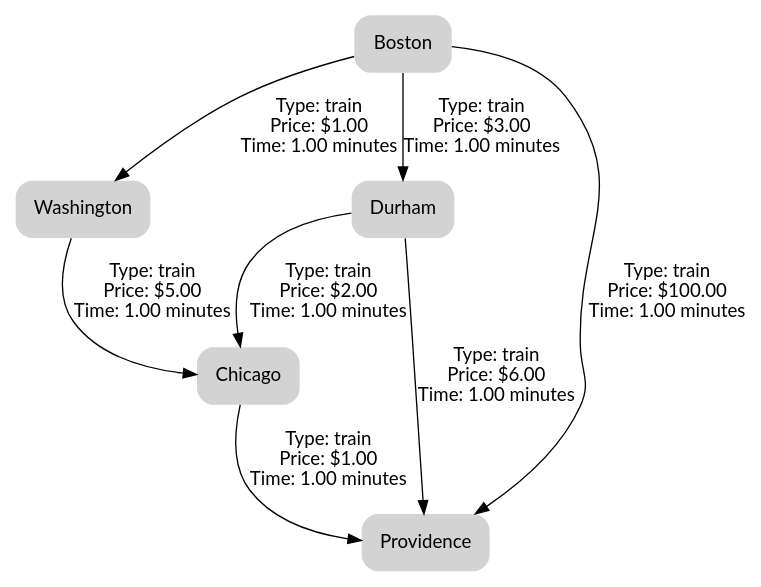
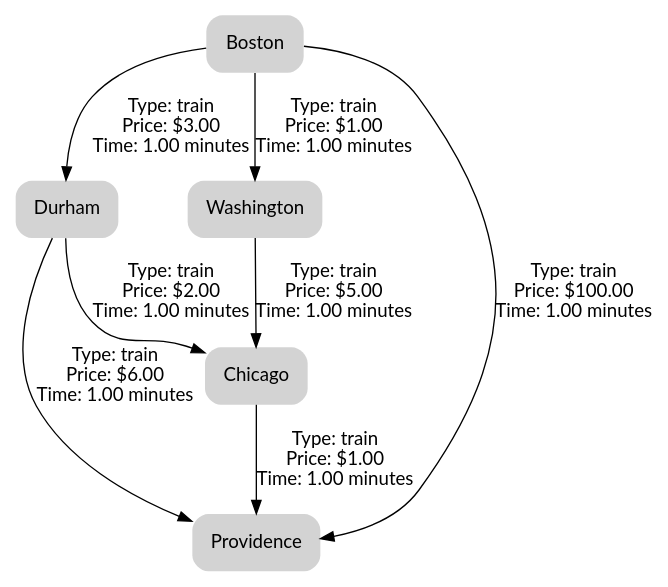
The diagram in data/graphs/graph2.dot (moksh-mehta/data-structures-project), drawn with Graphviz before and after one commit. The commit also changed other lines of this file and 6 other files, not shown here.

```diff
--- a/data/graphs/graph2.dot
+++ b/data/graphs/graph2.dot
@@ -1,23 +1,23 @@
 digraph TravelPlanner {
 	node [shape="plaintext" style="filled, rounded" fontname="Lato" margin=0.2]
 	edge [fontname="Lato" labeldistance=5]
+	"Durham"
 	"Chicago"
-	"Washington"
-	"Durham"
 	"Providence"
 	"Boston"
-	"Chicago" -> "Providence" [label="Type: train\nPrice: $1.00\nTime: 1.00 minutes
-"]
-	"Washington" -> "Chicago" [label="Type: train\nPrice: $5.00\nTime: 1.00 minutes
-"]
+	"Washington"
 	"Durham" -> "Providence" [label="Type: train\nPrice: $6.00\nTime: 1.00 minutes
 "]
 	"Durham" -> "Chicago" [label="Type: train\nPrice: $2.00\nTime: 1.00 minutes
 "]
+	"Chicago" -> "Providence" [label="Type: train\nPrice: $1.00\nTime: 1.00 minutes
+"]
 	"Boston" -> "Washington" [label="Type: train\nPrice: $1.00\nTime: 1.00 minutes
+"]
+	"Boston" -> "Durham" [label="Type: train\nPrice: $3.00\nTime: 1.00 minutes
 "]
 	"Boston" -> "Providence" [label="Type: train\nPrice: $100.00\nTime: 1.00 minutes
 "]
-	"Boston" -> "Durham" [label="Type: train\nPrice: $3.00\nTime: 1.00 minutes
+	"Washington" -> "Chicago" [label="Type: train\nPrice: $5.00\nTime: 1.00 minutes
 "]
 }
```
